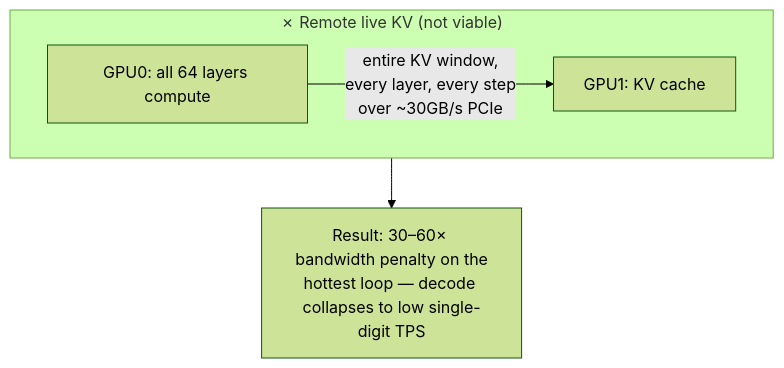
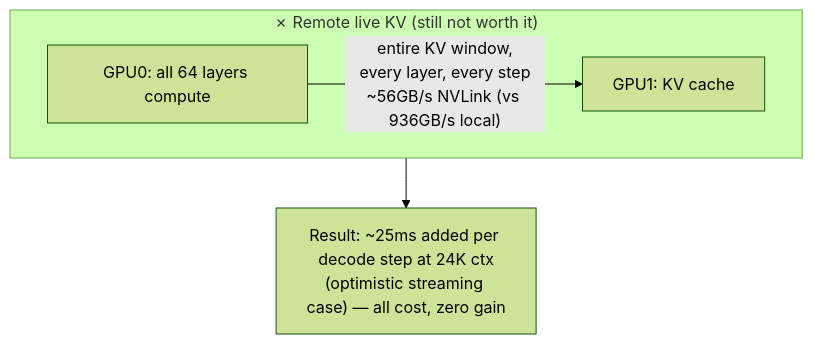
One commit to davidmroth/model-runner-v4 changed the second of 6 diagrams in docs/research-nextgen-archecture.md. Above: the diagram before and after it, drawn with Mermaid (forest theme). The commit also changed other lines of this file, not shown here.

First line of the commit message:
docs: fold measured NVLink NV4 topology into next-gen architecture research

````diff
--- a/docs/research-nextgen-archecture.md
+++ b/docs/research-nextgen-archecture.md
@@ -48,9 +64,9 @@
 ```mermaid
 flowchart TD
-  subgraph bad["✗ Remote live KV (not viable)"]
+  subgraph bad["✗ Remote live KV (still not worth it)"]
     C0["GPU0: all 64 layers compute"]
     K1["GPU1: KV cache"]
-    C0 -- "entire KV window,<br/>every layer, every step<br/>over ~30GB/s PCIe" --> K1
+    C0 -- "entire KV window,<br/>every layer, every step<br/>~56GB/s NVLink (vs 936GB/s local)" --> K1
   end
-  bad --> R["Result: 30–60× bandwidth penalty on the<br/>hottest loop — decode collapses to low single-digit TPS"]
+  bad --> R["Result: ~25ms added per decode step at 24K ctx<br/>(optimistic streaming case) — all cost, zero gain"]
 ```
````
